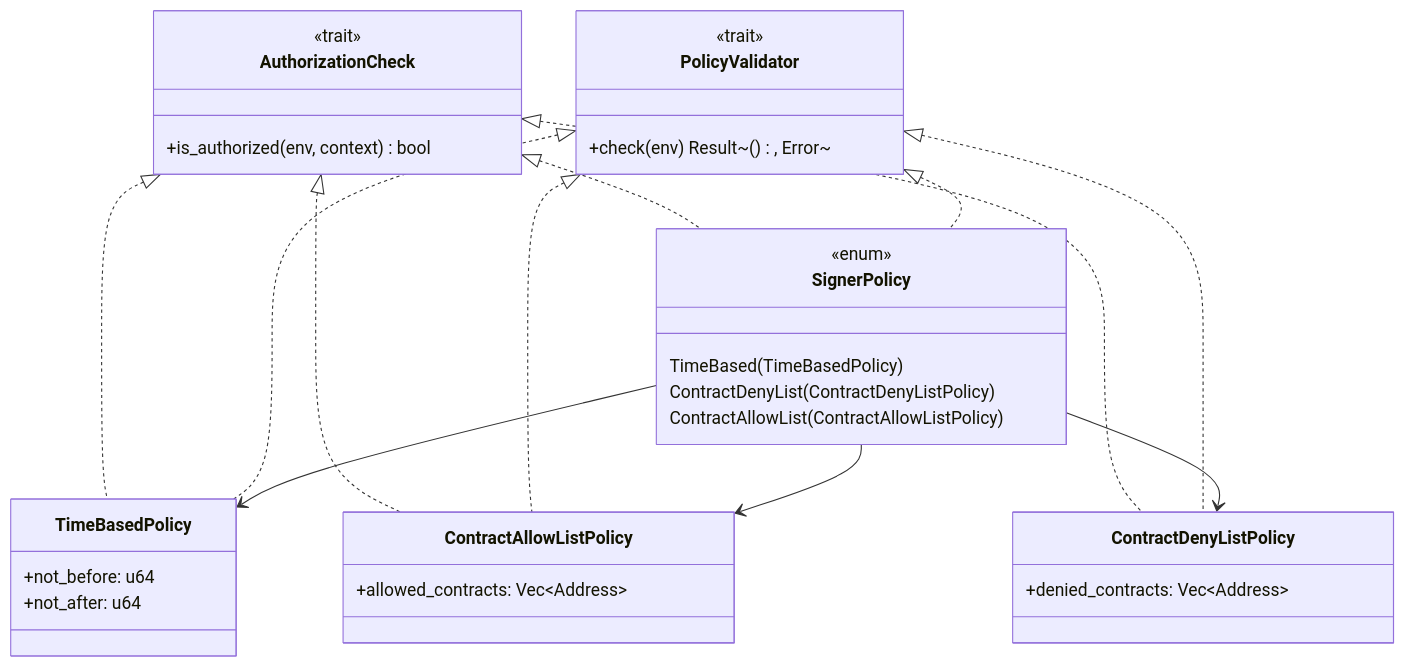
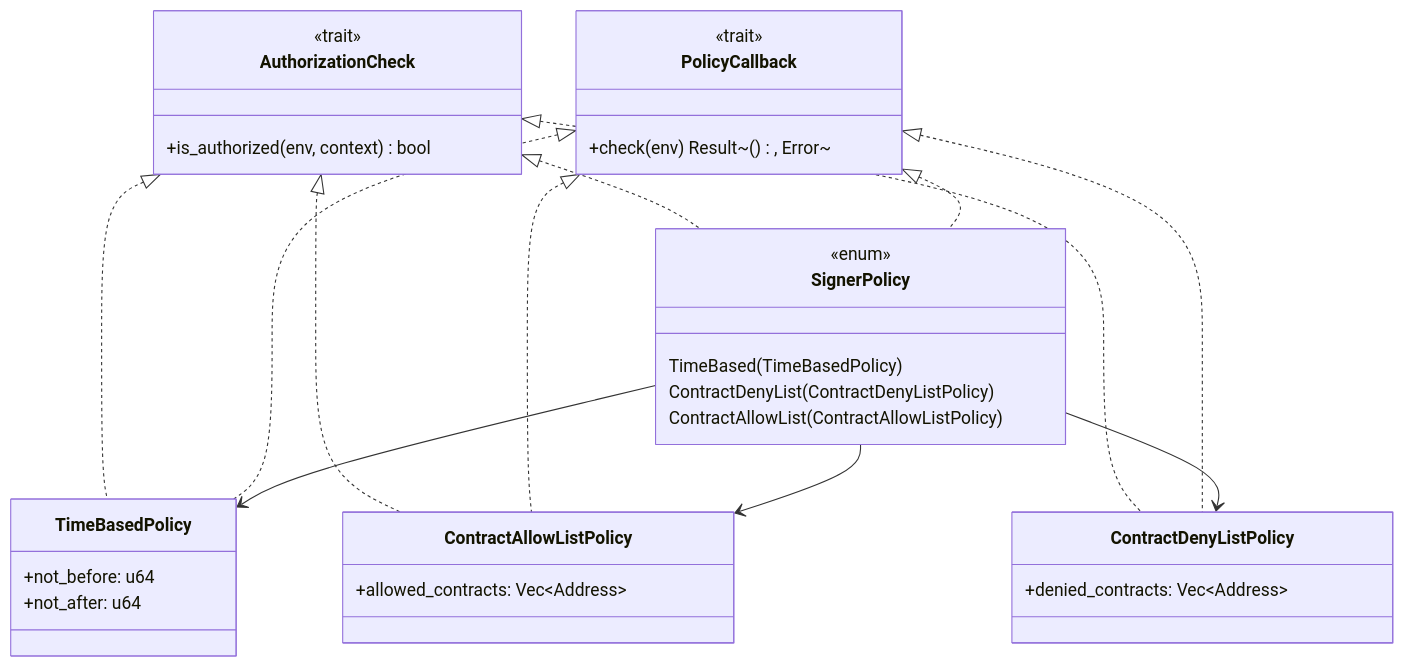
One commit to Crossmint/stellar-smart-account changed the third of 5 diagrams in contracts/smart-account/README.md. Above: the diagram before and after it, drawn with Mermaid. The commit also changed other lines of this file and 41 other files, not shown here.

````diff
--- a/contracts/smart-account/README.md
+++ b/contracts/smart-account/README.md
@@ -172,45 +172,45 @@
 ```mermaid
 classDiagram
     class AuthorizationCheck {
         <<trait>>
         +is_authorized(env, context) bool
     }
     
-    class PolicyValidator {
+    class PolicyCallback {
         <<trait>>
         +check(env) Result~(), Error~
     }
     
     class SignerPolicy {
         <<enum>>
         TimeBased(TimeBasedPolicy)
         ContractDenyList(ContractDenyListPolicy)
         ContractAllowList(ContractAllowListPolicy)
     }
     
     class TimeBasedPolicy {
         +not_before: u64
         +not_after: u64
     }
     
     class ContractAllowListPolicy {
         +allowed_contracts: Vec~Address~
     }
     
     class ContractDenyListPolicy {
         +denied_contracts: Vec~Address~
     }
     
     AuthorizationCheck <|.. SignerPolicy
-    PolicyValidator <|.. SignerPolicy
+    PolicyCallback <|.. SignerPolicy
     AuthorizationCheck <|.. TimeBasedPolicy
     AuthorizationCheck <|.. ContractAllowListPolicy
     AuthorizationCheck <|.. ContractDenyListPolicy
-    PolicyValidator <|.. TimeBasedPolicy
-    PolicyValidator <|.. ContractAllowListPolicy
-    PolicyValidator <|.. ContractDenyListPolicy
+    PolicyCallback <|.. TimeBasedPolicy
+    PolicyCallback <|.. ContractAllowListPolicy
+    PolicyCallback <|.. ContractDenyListPolicy
     
     SignerPolicy --> TimeBasedPolicy
     SignerPolicy --> ContractAllowListPolicy
     SignerPolicy --> ContractDenyListPolicy
 ```
````
